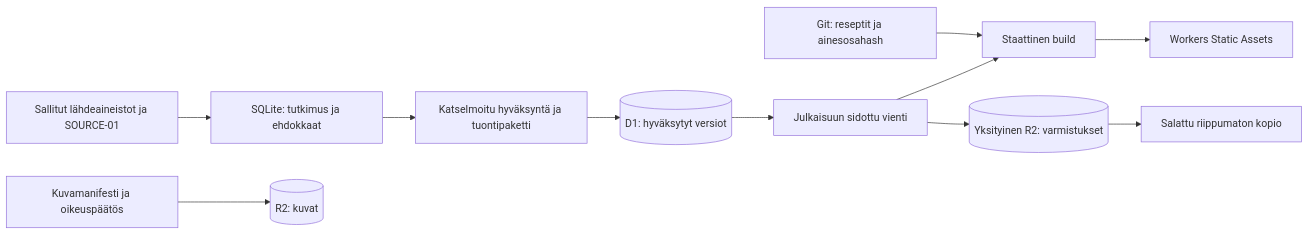
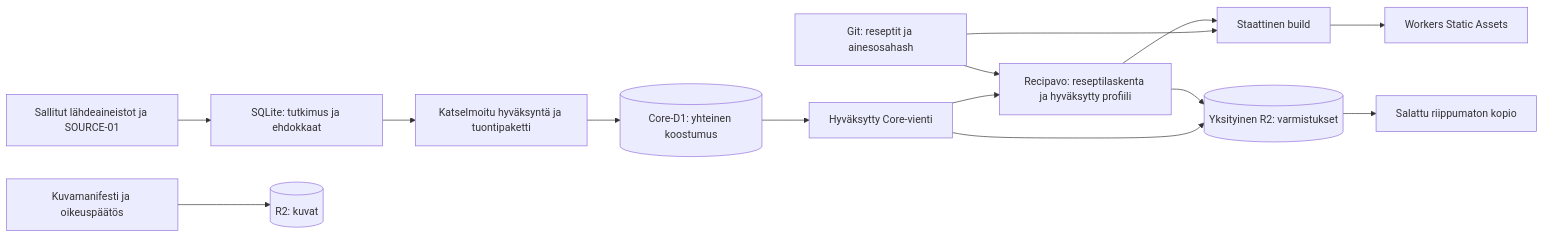
Before and after one commit to ozirix-dev/Reseptit: the diagram in docs/cloudflare-migration-plan.md, drawn with Mermaid. The commit also changed other lines of this file, not shown here.

First line of the commit message:
docs: align PR #172 with shared Recipavo roadmap [skip ci]

````diff
--- a/docs/cloudflare-migration-plan.md
+++ b/docs/cloudflare-migration-plan.md
@@ -81,13 +108,16 @@
 ```mermaid
 flowchart LR
   S[Sallitut lähdeaineistot ja SOURCE-01] --> L[SQLite: tutkimus ja ehdokkaat]
   L --> A[Katselmoitu hyväksyntä ja tuontipaketti]
-  A --> D[(D1: hyväksytyt versiot)]
-  D --> E[Julkaisuun sidottu vienti]
-  G[Git: reseptit ja ainesosahash] --> B[Staattinen build]
-  E --> B
+  A --> D[(Core-D1: yhteinen koostumus)]
+  D --> E[Hyväksytty Core-vienti]
+  E --> C[Recipavo: reseptilaskenta ja hyväksytty profiili]
+  G[Git: reseptit ja ainesosahash] --> C
+  G --> B[Staattinen build]
+  C --> B
   B --> W[Workers Static Assets]
   I[Kuvamanifesti ja oikeuspäätös] --> R[(R2: kuvat)]
   E --> P[(Yksityinen R2: varmistukset)]
+  C --> P
   P --> O[Salattu riippumaton kopio]
 ```
````
